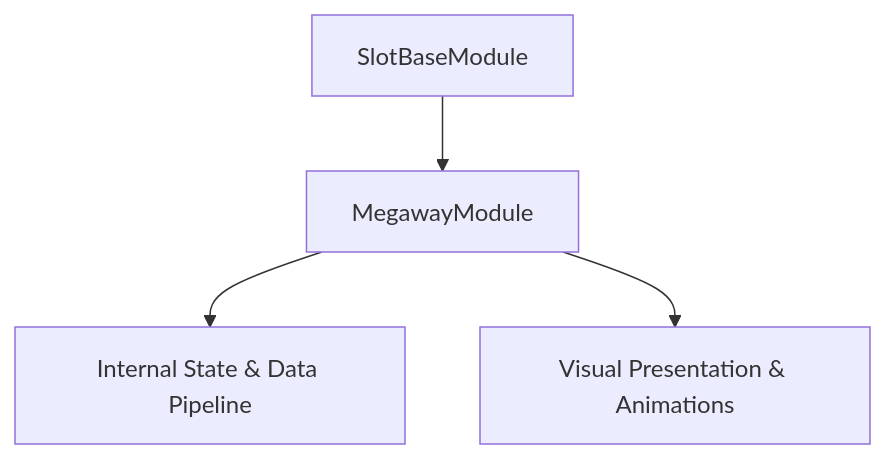
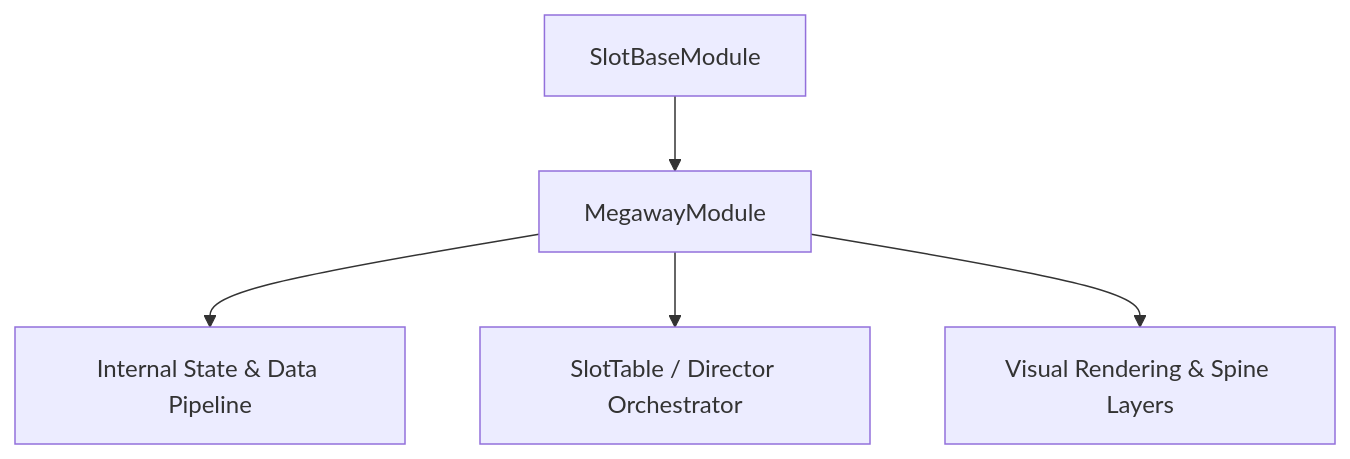
Before and after one commit to lam-ark/mcp-fwcc: the diagram in docs/cc_slot_mechanics/modules/MegawayModule/01_overview/01_architecture_and_role.md, drawn with Mermaid. The commit also changed other lines of this file and 2509 other files, not shown here.

````diff
--- a/docs/cc_slot_mechanics/modules/MegawayModule/01_overview/01_architecture_and_role.md
+++ b/docs/cc_slot_mechanics/modules/MegawayModule/01_overview/01_architecture_and_role.md
@@ -18,6 +24,7 @@
 ```mermaid
 graph TD
-    Parent[SlotBaseModule] --> Mod[MegawayModule]
-    Mod --> State[Internal State & Data Pipeline]
-    Mod --> Render[Visual Presentation & Animations]
+    SuperClass[SlotBaseModule] --> TargetClass[MegawayModule]
+    TargetClass --> DataPipeline[Internal State & Data Pipeline]
+    TargetClass --> Orchestrator[SlotTable / Director Orchestrator]
+    TargetClass --> ViewLayer[Visual Rendering & Spine Layers]
 ```
````
